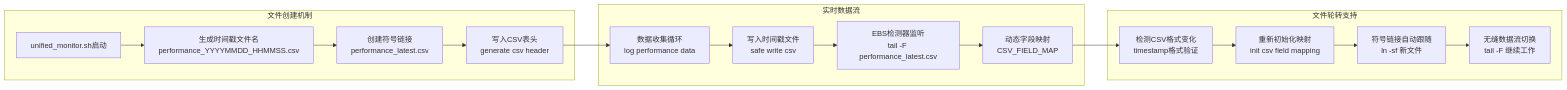
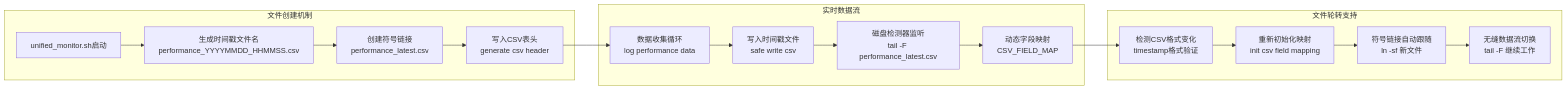
One commit to StayHungryStayFoolish/blockchain-node-benchmark changed the sixth of 6 diagrams in docs/data-architecture-zh.md. Above: the diagram before and after it, drawn with Mermaid. The commit also changed other lines of this file and 77 other files, not shown here.

````diff
--- a/docs/data-architecture-zh.md
+++ b/docs/data-architecture-zh.md
@@ -216,36 +216,36 @@
 ```mermaid
 graph LR
     subgraph "文件创建机制"
         A1[unified_monitor.sh启动]
         A2[生成时间戳文件名<br/>performance_YYYYMMDD_HHMMSS.csv]
         A3[创建符号链接<br/>performance_latest.csv]
         A4[写入CSV表头<br/>generate csv header]
     end
     
     subgraph "实时数据流"
         B1[数据收集循环<br/>log performance data]
         B2[写入时间戳文件<br/>safe write csv]
-        B3[EBS检测器监听<br/>tail -F performance_latest.csv]
+        B3[磁盘检测器监听<br/>tail -F performance_latest.csv]
         B4[动态字段映射<br/>CSV_FIELD_MAP]
     end
     
     subgraph "文件轮转支持"
         C1[检测CSV格式变化<br/>timestamp格式验证]
         C2[重新初始化映射<br/>init csv field mapping]
         C3[符号链接自动跟随<br/>ln -sf 新文件]
         C4[无缝数据流切换<br/>tail -F 继续工作]
     end
     
     A1 --> A2
     A2 --> A3
     A3 --> A4
     A4 --> B1
     B1 --> B2
     B2 --> B3
     B3 --> B4
     
     B4 --> C1
     C1 --> C2
     C2 --> C3
     C3 --> C4
 ```
````
